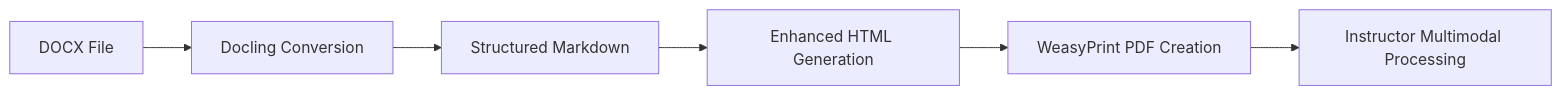
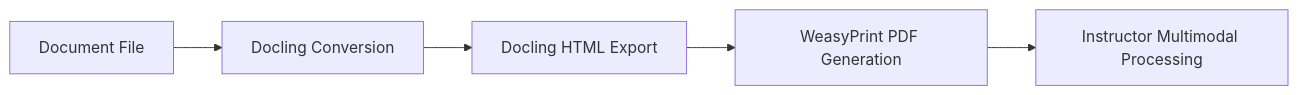
Before and after one commit to Blacksuan19/structx: the second of 2 diagrams in docs/guides/unstructured-text.md, drawn with Mermaid. The commit also changed other lines of this file and 8 other files, not shown here.

First line of the commit message:
refactor(document-pipeline): unify conversion on Docling and WeasyPrint

````diff
--- a/docs/guides/unstructured-text.md
+++ b/docs/guides/unstructured-text.md
@@ -313,8 +232,7 @@
 ```mermaid
 graph LR
-    A[DOCX File] --> B[Docling Conversion]
-    B --> C[Structured Markdown]
-    C --> D[Enhanced HTML Generation]
-    D --> E[WeasyPrint PDF Creation]
-    E --> F[Instructor Multimodal Processing]
+    A[Document File] --> B[Docling Conversion]
+    B --> C[Docling HTML Export]
+    C --> D[WeasyPrint PDF Generation]
+    D --> E[Instructor Multimodal Processing]
 ```
````
